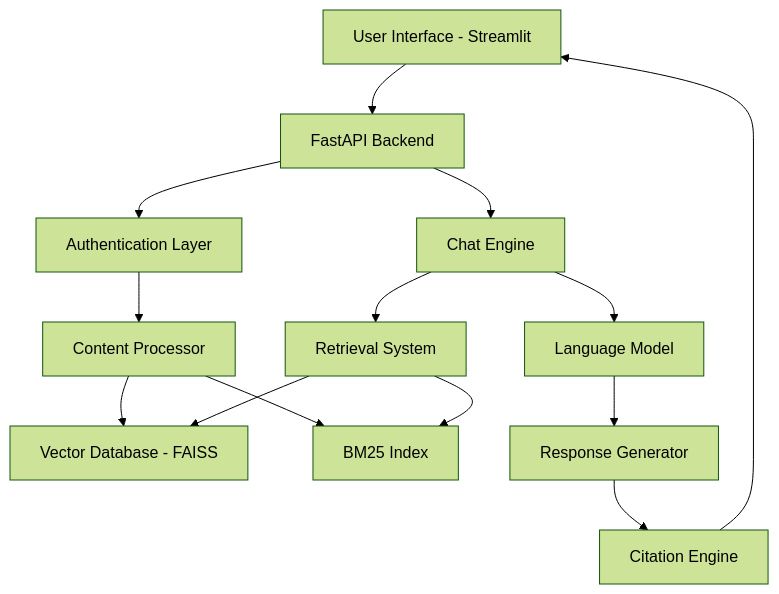
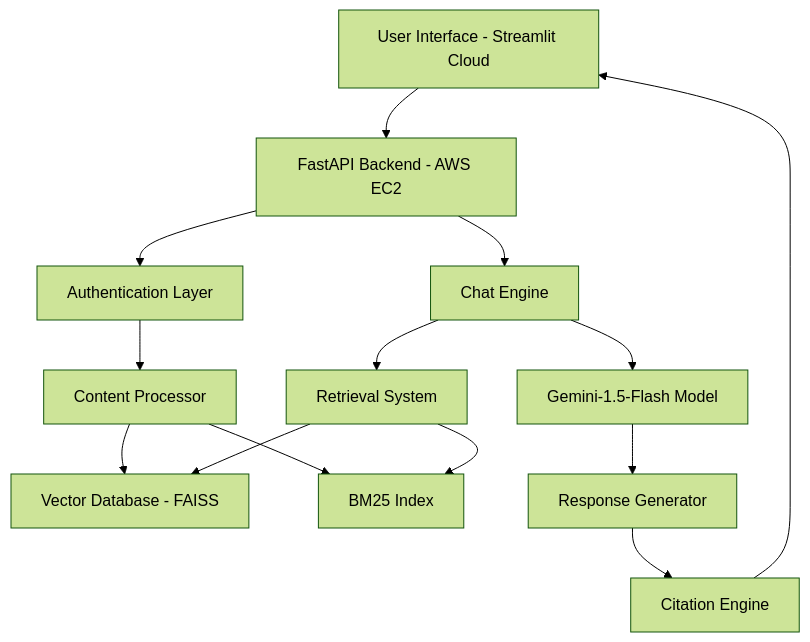
Before and after one commit to Balaji-itz-me/rag-knowledge-base: the diagram in README.md, drawn with Mermaid (forest theme). The commit also changed other lines of this file, not shown here.

````diff
--- a/README.md
+++ b/README.md
@@ -76,16 +78,16 @@
 ```mermaid
 graph TB
-    A[User Interface - Streamlit] --> B[FastAPI Backend]
+    A[User Interface - Streamlit Cloud] --> B[FastAPI Backend - AWS EC2]
     B --> C[Authentication Layer]
     C --> D[Content Processor]
     D --> E[Vector Database - FAISS]
     D --> F[BM25 Index]
     B --> G[Chat Engine]
     G --> H[Retrieval System]
     H --> E
     H --> F
-    G --> I[Language Model]
+    G --> I[Gemini-1.5-Flash Model]
     I --> J[Response Generator]
     J --> K[Citation Engine]
     K --> A
 ```
````
